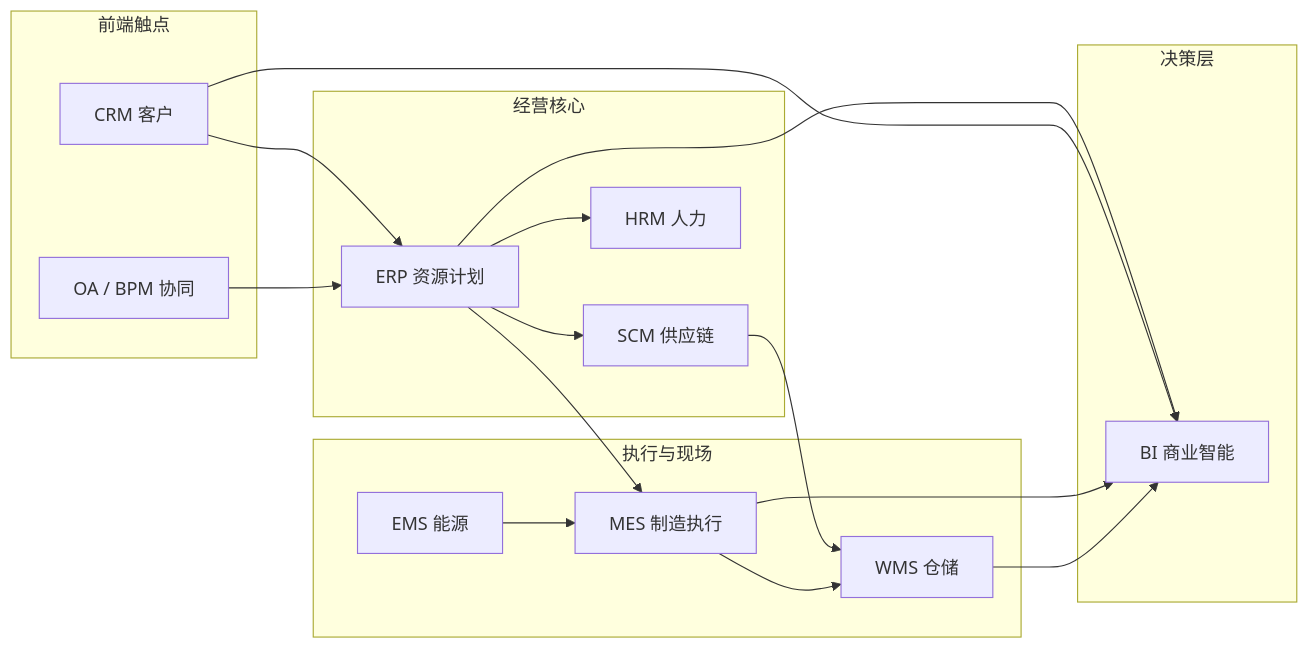
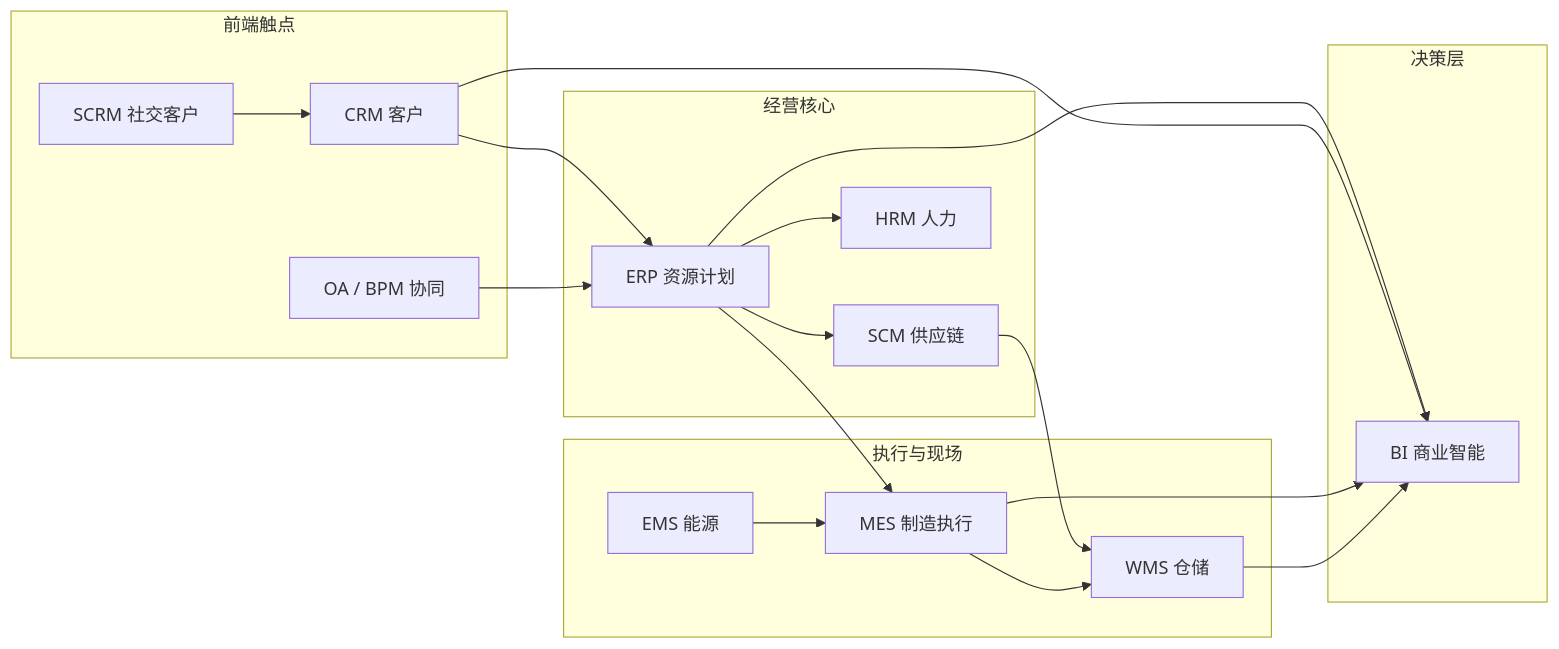
One commit to linlei1120/codery.github.io changed the first of 6 diagrams in docs/featuresFiles/systemPlatform.md. Above: the diagram before and after it, drawn with Mermaid. The commit also changed other lines of this file and 3 other files, not shown here.

Commit message:
feat: 添加 Mermaid 和 VitePress 插件，以增强文档中的图表支持。更新配置，集成 Mermaid 并优化系统平台文档的内容结构。

````diff
--- a/docs/featuresFiles/systemPlatform.md
+++ b/docs/featuresFiles/systemPlatform.md
@@ -20,36 +20,38 @@
 ```mermaid
 flowchart LR
   subgraph 前端触点
+    SCRM[SCRM 社交客户]
     CRM[CRM 客户]
     OA[OA / BPM 协同]
   end
 
   subgraph 经营核心
     ERP[ERP 资源计划]
     SCM[SCM 供应链]
     HRM[HRM 人力]
   end
 
   subgraph 执行与现场
     MES[MES 制造执行]
     WMS[WMS 仓储]
     EMS[EMS 能源]
   end
 
   subgraph 决策层
     BI[BI 商业智能]
   end
 
+  SCRM --> CRM
   CRM --> ERP
   OA --> ERP
   ERP --> SCM
   ERP --> HRM
   SCM --> WMS
   ERP --> MES
   MES --> WMS
   EMS --> MES
   ERP --> BI
   CRM --> BI
   MES --> BI
   WMS --> BI
 ```
````
